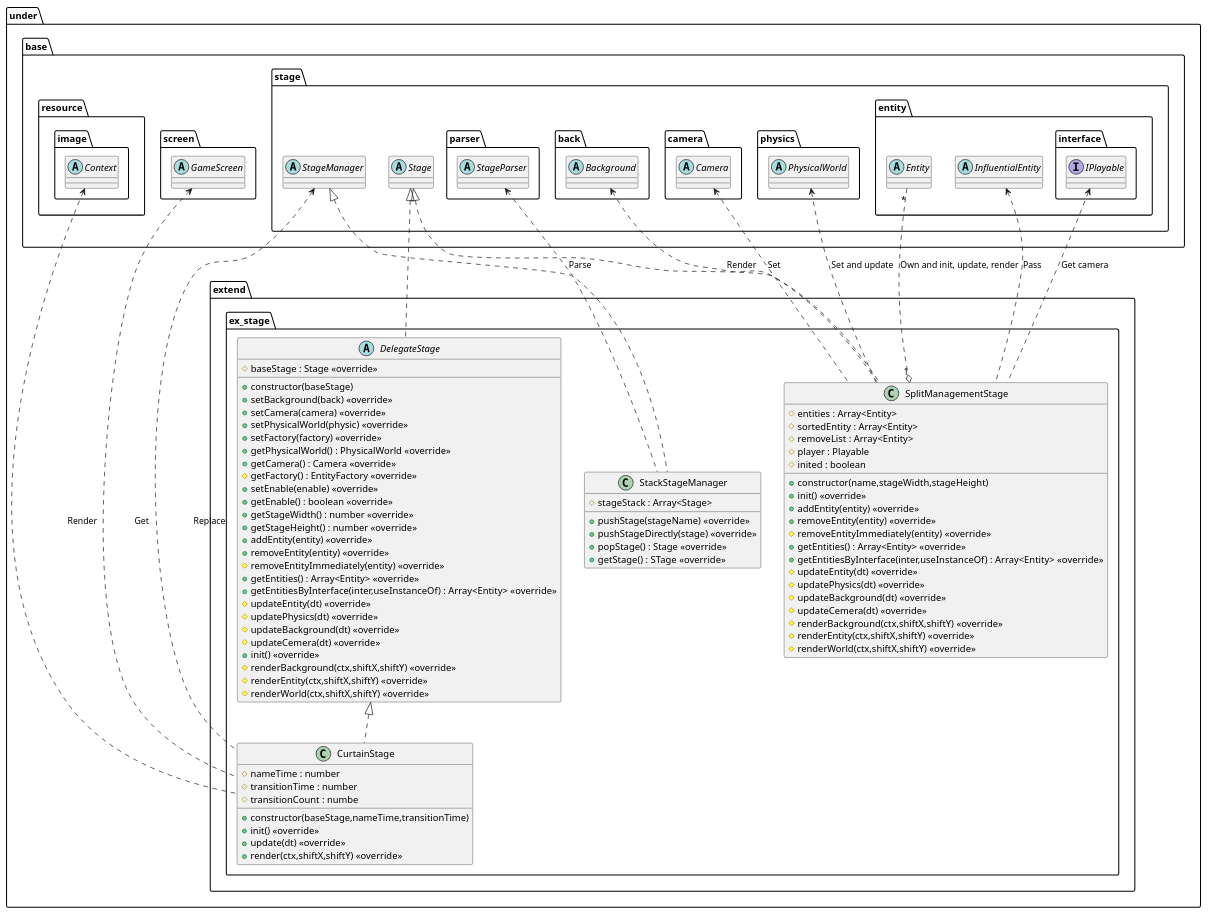
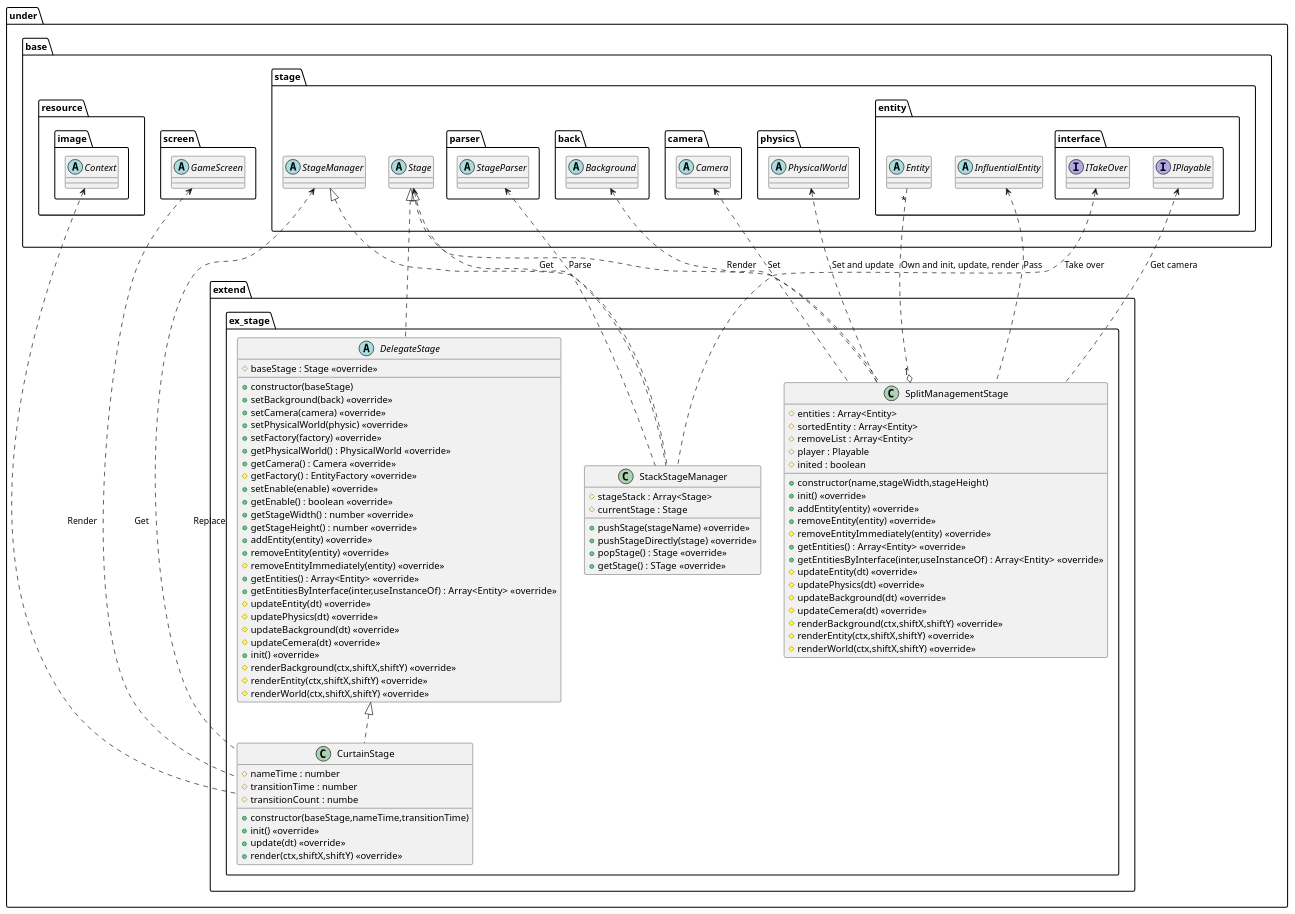
Before and after one commit to Expine/Under: the diagram in uml/stage/Extend.wsd, drawn with PlantUML. The commit also changed 20 other files, not shown here.

Commit message:
Add take over interface and implements on player

```diff
--- a/uml/stage/Extend.wsd
+++ b/uml/stage/Extend.wsd
@@ -1,127 +1,132 @@
 @startuml StageExtend
 package under {
     package extend {
         package ex_stage {
             class StackStageManager {
                 #stageStack : Array<Stage>
+                #currentStage : Stage
                 +pushStage(stageName) <<override>>
                 +pushStageDirectly(stage) <<override>>
                 +popStage() : Stage <<override>>
                 +getStage() : STage <<override>>
             }
             class SplitManagementStage {
                 +constructor(name,stageWidth,stageHeight)
                 #entities : Array<Entity>
                 #sortedEntity : Array<Entity>
                 #removeList : Array<Entity>
                 #player : Playable
                 #inited : boolean
                 +init() <<override>>
                 +addEntity(entity) <<override>>
                 +removeEntity(entity) <<override>>
                 #removeEntityImmediately(entity) <<override>>
                 +getEntities() : Array<Entity> <<override>>
                 +getEntitiesByInterface(inter,useInstanceOf) : Array<Entity> <<override>>
                 #updateEntity(dt) <<override>>
                 #updatePhysics(dt) <<override>>
                 #updateBackground(dt) <<override>>
                 #updateCemera(dt) <<override>>
                 #renderBackground(ctx,shiftX,shiftY) <<override>>
                 #renderEntity(ctx,shiftX,shiftY) <<override>>
                 #renderWorld(ctx,shiftX,shiftY) <<override>>
             }
             abstract DelegateStage {
                 +constructor(baseStage)
                 #baseStage : Stage <<override>>
                 +setBackground(back) <<override>>
                 +setCamera(camera) <<override>>
                 +setPhysicalWorld(physic) <<override>>
                 +setFactory(factory) <<override>>
                 +getPhysicalWorld() : PhysicalWorld <<override>>
                 +getCamera() : Camera <<override>>
                 #getFactory() : EntityFactory <<override>>
                 +setEnable(enable) <<override>>
                 +getEnable() : boolean <<override>>
                 +getStageWidth() : number <<override>>
                 +getStageHeight() : number <<override>>
                 +addEntity(entity) <<override>>
                 +removeEntity(entity) <<override>>
                 #removeEntityImmediately(entity) <<override>>
                 +getEntities() : Array<Entity> <<override>>
                 +getEntitiesByInterface(inter,useInstanceOf) : Array<Entity> <<override>>
                 #updateEntity(dt) <<override>>
                 #updatePhysics(dt) <<override>>
                 #updateBackground(dt) <<override>>
                 #updateCemera(dt) <<override>>
                 +init() <<override>>
                 #renderBackground(ctx,shiftX,shiftY) <<override>>
                 #renderEntity(ctx,shiftX,shiftY) <<override>>
                 #renderWorld(ctx,shiftX,shiftY) <<override>>
             }
             class CurtainStage {
                 +constructor(baseStage,nameTime,transitionTime)
                 #nameTime : number
                 #transitionTime : number
                 #transitionCount : numbe
                 +init() <<override>>
                 +update(dt) <<override>>
                 +render(ctx,shiftX,shiftY) <<override>>
             }
         }
     }
 }
 
 package under {
     package base {
         package resource {
             package image {
                 abstract Context
             }
         }
         package screen {
             abstract GameScreen
         }
         package stage {
             abstract Stage
             abstract StageManager
             package parser {
                 abstract StageParser
             }
             package back {
                 abstract Background
             }
             package camera {
                 abstract Camera
             }
             package physics {
                 abstract PhysicalWorld
             }
             package entity {
                 package interface {
                     interface IPlayable
+                    interface ITakeOver
                 }
                 abstract Entity
                 abstract InfluentialEntity
             }
         }
     }
 }
 
 StageParser <.. StackStageManager : Parse
+Stage <.. StackStageManager : Get
+ITakeOver <.. StackStageManager : Take over
+
 Entity "*" ..o "1" SplitManagementStage : Own and init, update, render
 IPlayable <.. SplitManagementStage : Get camera
 InfluentialEntity <.. SplitManagementStage : Pass
 Camera <.. SplitManagementStage : Set
 Background <.. SplitManagementStage : Render
 PhysicalWorld <.. SplitManagementStage : Set and update
 
 StageManager <.. CurtainStage : Replace
 GameScreen <.. CurtainStage : Get
 Context <.. CurtainStage : Render
 
 StageManager <|.. StackStageManager
 Stage <|.. SplitManagementStage
 Stage <|.. DelegateStage
 DelegateStage <|.. CurtainStage
 
 @enduml
```
